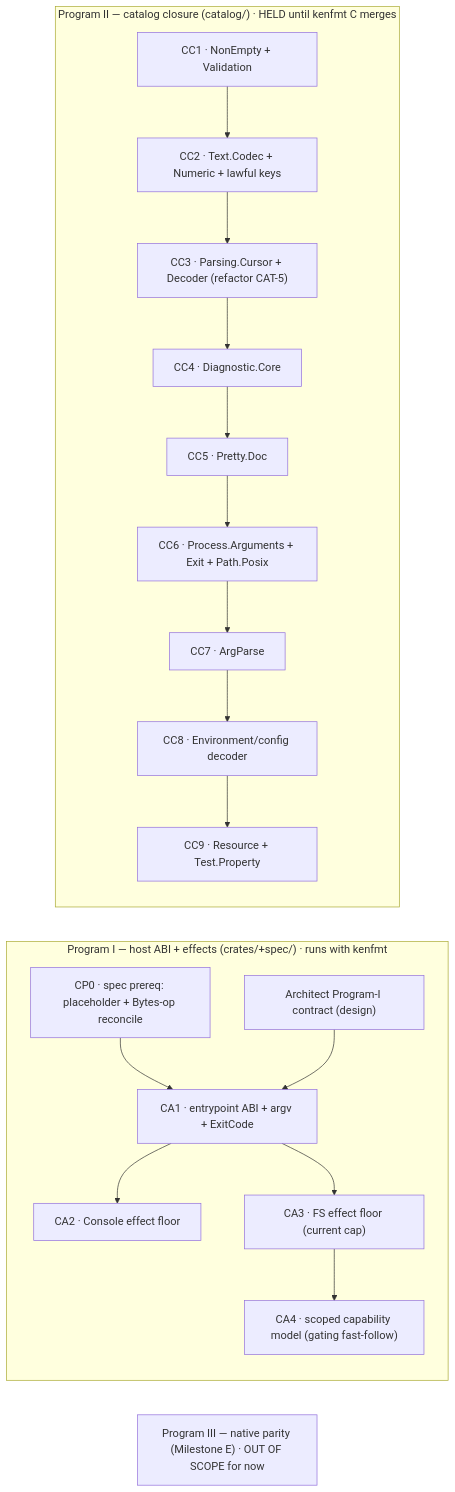
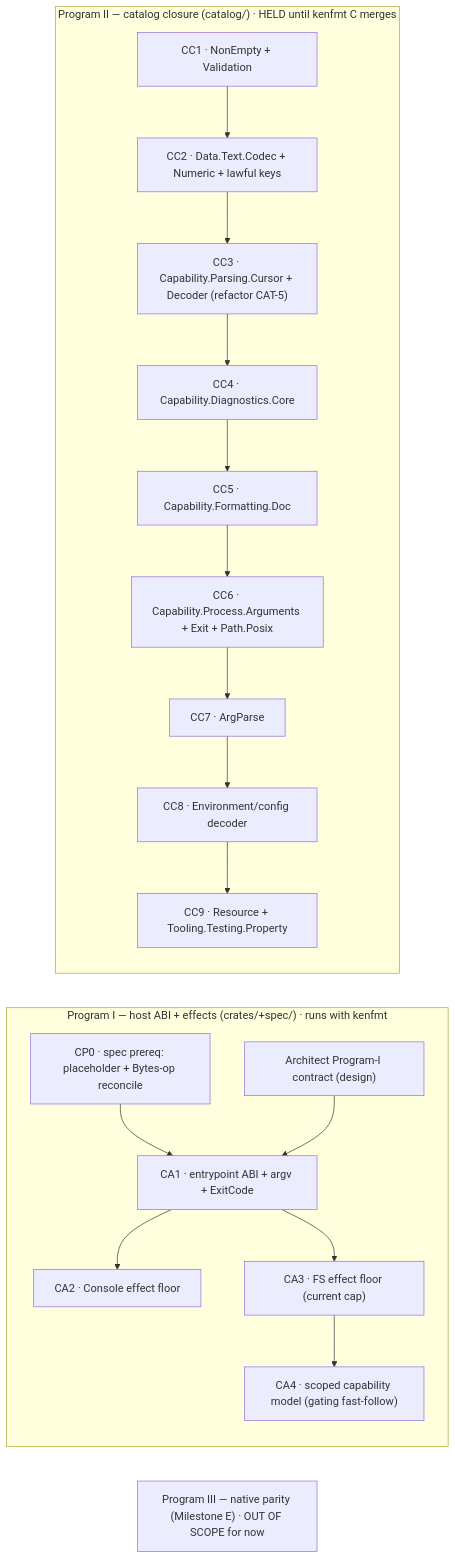
Before and after one commit to ken-topos/ken: the diagram in docs/program/ken-cli-tooling-work-program.md, drawn with Mermaid. The commit also changed other lines of this file and 159 other files, not shown here.

````diff
--- a/docs/program/ken-cli-tooling-work-program.md
+++ b/docs/program/ken-cli-tooling-work-program.md
@@ -76,24 +76,24 @@
 ```mermaid
 graph LR
   subgraph PI["Program I — host ABI + effects (crates/+spec/) · runs with kenfmt"]
     CP0["CP0 · spec prereq: placeholder + Bytes-op reconcile"] --> CA1
     ARCH["Architect Program-I contract (design)"] --> CA1
     CA1["CA1 · entrypoint ABI + argv + ExitCode"] --> CA2
     CA1 --> CA3
     CA2["CA2 · Console effect floor"]
     CA3["CA3 · FS effect floor (current cap)"] --> CA4
     CA4["CA4 · scoped capability model (gating fast-follow)"]
   end
   subgraph PII["Program II — catalog closure (catalog/) · HELD until kenfmt C merges"]
     CC1["CC1 · NonEmpty + Validation"] --> CC2 --> CC3 --> CC4 --> CC5 --> CC6 --> CC7 --> CC8 --> CC9
-    CC2["CC2 · Text.Codec + Numeric + lawful keys"]
-    CC3["CC3 · Parsing.Cursor + Decoder (refactor CAT-5)"]
-    CC4["CC4 · Diagnostic.Core"]
-    CC5["CC5 · Pretty.Doc"]
-    CC6["CC6 · Process.Arguments + Exit + Path.Posix"]
+    CC2["CC2 · Data.Text.Codec + Numeric + lawful keys"]
+    CC3["CC3 · Capability.Parsing.Cursor + Decoder (refactor CAT-5)"]
+    CC4["CC4 · Capability.Diagnostics.Core"]
+    CC5["CC5 · Capability.Formatting.Doc"]
+    CC6["CC6 · Capability.Process.Arguments + Exit + Path.Posix"]
     CC7["CC7 · ArgParse"]
     CC8["CC8 · Environment/config decoder"]
-    CC9["CC9 · Resource + Test.Property"]
+    CC9["CC9 · Resource + Tooling.Testing.Property"]
   end
   PIII["Program III — native parity (Milestone E) · OUT OF SCOPE for now"]
 ```
````
